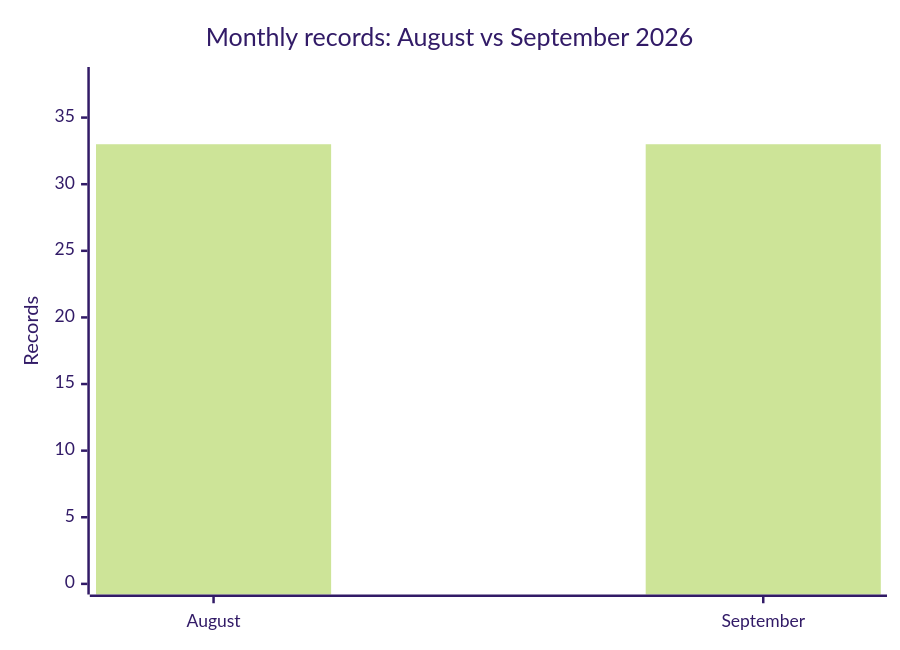
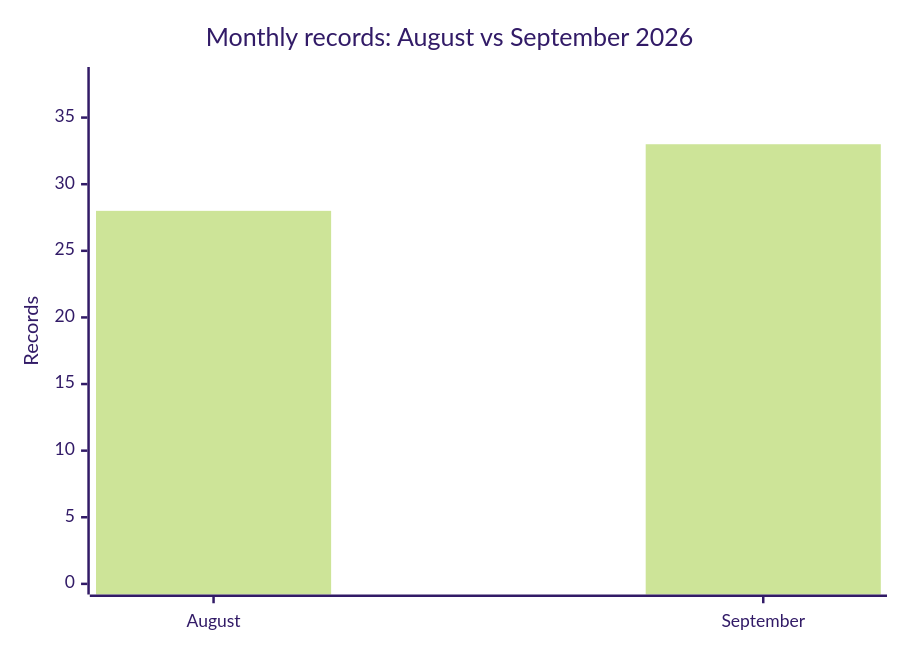
The diagram in comparison/2026/08-august-september/README.md (Hatchepsoute/AFRINTEL), drawn with Mermaid (forest theme) before and after one commit. The commit also changed other lines of this file and 98 other files, not shown here.

````diff
--- a/comparison/2026/08-august-september/README.md
+++ b/comparison/2026/08-august-september/README.md
@@ -15,7 +15,7 @@
 ```mermaid
 xychart-beta
     title "Monthly records: August vs September 2026"
     x-axis [August, September]
     y-axis "Records" 0 --> 38
-    bar [33, 33]
+    bar [28, 33]
 ```
````
